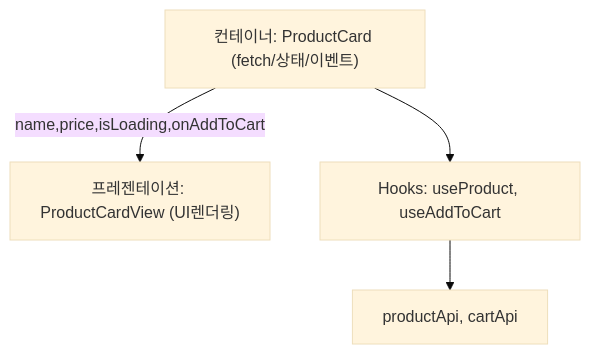
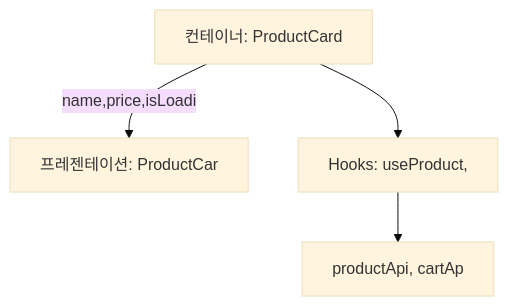
The third of 8 diagrams in _posts/frontend/2026-05-01-frontend-architecture.md (yjkim2015/yjkim2015.github.io), drawn with Mermaid (base theme) before and after one commit. The commit also changed other lines of this file and 271 other files, not shown here.

First line of the commit message:
Mermaid 라벨 축소: 긴 노드 텍스트 18자 이하로 트림 + \n 제거

````diff
--- a/_posts/frontend/2026-05-01-frontend-architecture.md
+++ b/_posts/frontend/2026-05-01-frontend-architecture.md
@@ -63,9 +63,9 @@
 ```mermaid
 flowchart TD
-    PC["컨테이너: ProductCard (fetch/상태/이벤트)"]
-    PV["프레젠테이션: ProductCardView (UI렌더링)"]
-    HK["Hooks: useProduct, useAddToCart"]
-    API["productApi, cartApi"]
-    PC -->|"name,price,isLoading,onAddToCart"| PV
+    PC["컨테이너: ProductCard"]
+    PV["프레젠테이션: ProductCar"]
+    HK["Hooks: useProduct,"]
+    API["productApi, cartAp"]
+    PC -->|"name,price,isLoadi"| PV
     PC --> HK --> API
 ```
````
